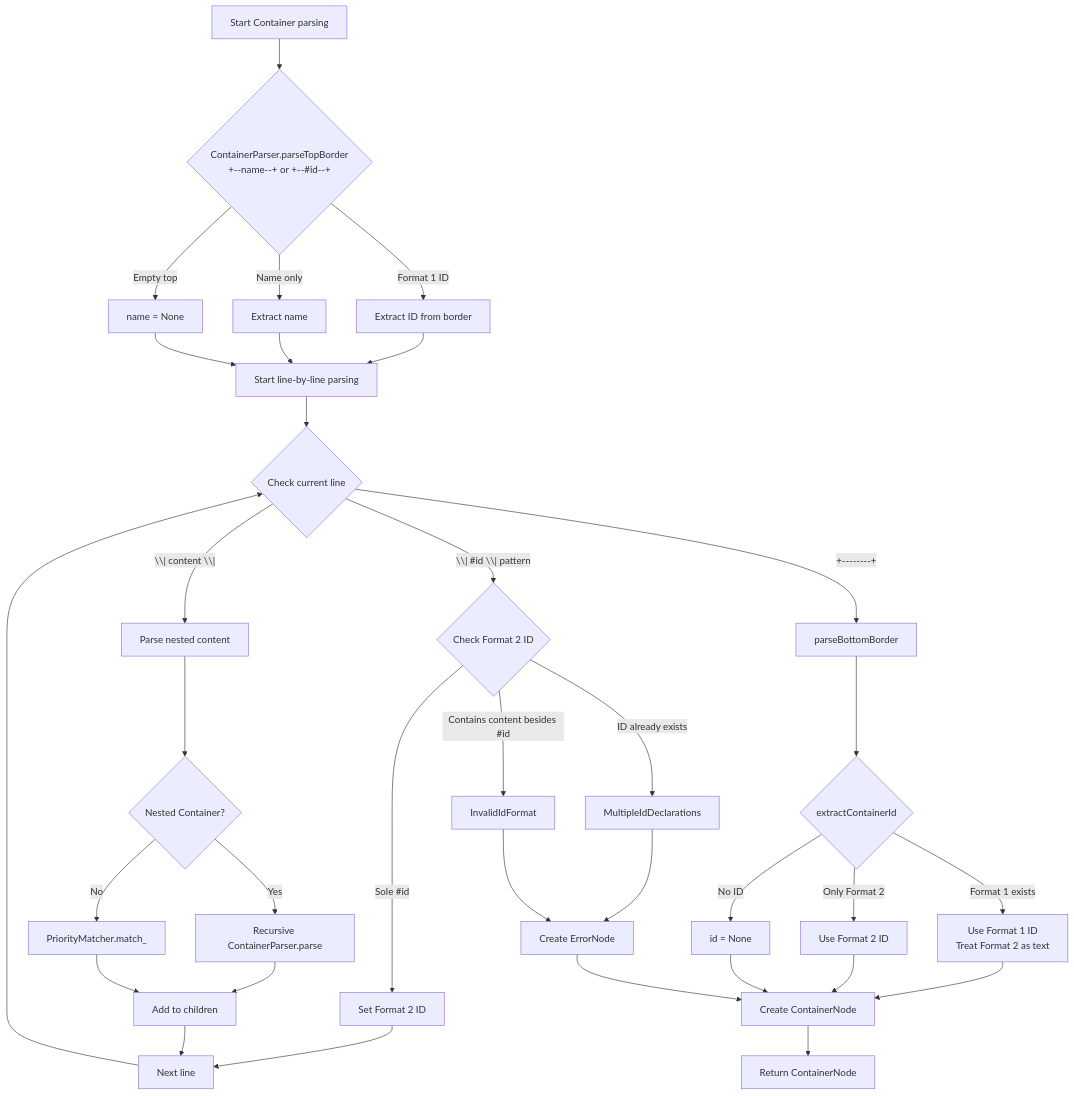
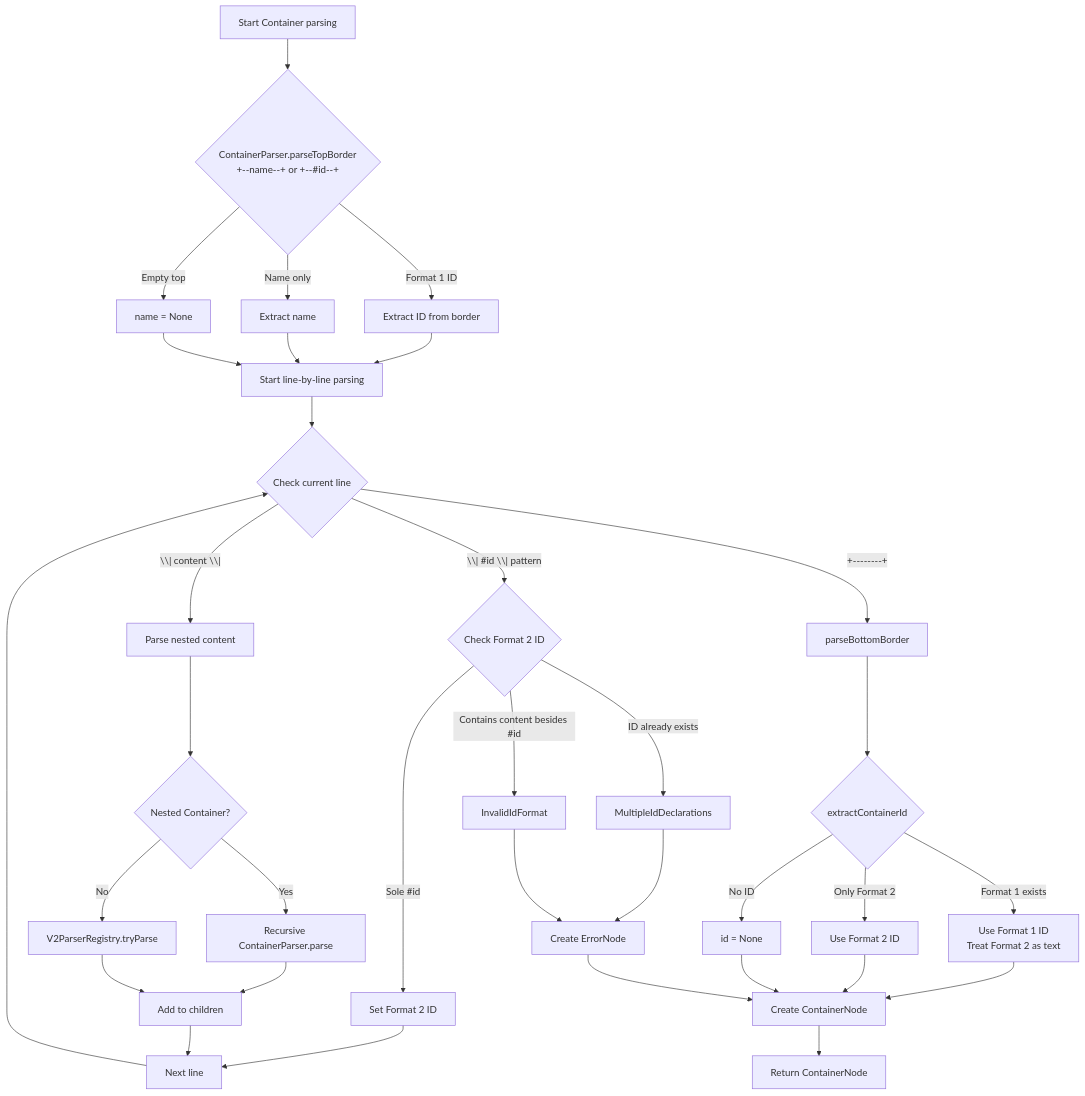
One commit to wickedev/wyreframe changed the fifth of 9 diagrams in .claude/specs/syntax-v2-parser/design.md. Above: the diagram before and after it, drawn with Mermaid. The commit also changed other lines of this file and 170 other files, not shown here.

````diff
--- a/.claude/specs/syntax-v2-parser/design.md
+++ b/.claude/specs/syntax-v2-parser/design.md
@@ -1154,49 +1185,49 @@
 ```mermaid
 flowchart TD
     START[Start Container parsing] --> DETECT_TOP{ContainerParser.parseTopBorder<br/>+--name--+ or +--#id--+}
 
     DETECT_TOP -->|Format 1 ID| EXTRACT_ID1[Extract ID from border]
     DETECT_TOP -->|Name only| EXTRACT_NAME[Extract name]
     DETECT_TOP -->|Empty top| NO_NAME[name = None]
 
     EXTRACT_ID1 --> PARSE_LINES[Start line-by-line parsing]
     EXTRACT_NAME --> PARSE_LINES
     NO_NAME --> PARSE_LINES
 
     PARSE_LINES --> CHECK_LINE{Check current line}
 
     CHECK_LINE -->|"\\| #id \\|" pattern| CHECK_ID2{Check Format 2 ID}
     CHECK_LINE -->|"\\| content \\|"| PARSE_CONTENT[Parse nested content]
     CHECK_LINE -->|"+--------+"| BOTTOM_BORDER[parseBottomBorder]
 
     CHECK_ID2 -->|Sole #id| SET_ID2[Set Format 2 ID]
     CHECK_ID2 -->|ID already exists| ERROR_MULTI[MultipleIdDeclarations]
     CHECK_ID2 -->|Contains content besides #id| ERROR_FORMAT[InvalidIdFormat]
 
     SET_ID2 --> NEXT_LINE[Next line]
     PARSE_CONTENT --> RECURSE{Nested Container?}
 
     RECURSE -->|Yes| RECURSIVE_PARSE[Recursive ContainerParser.parse]
-    RECURSE -->|No| ELEMENT_PARSE[PriorityMatcher.match_]
+    RECURSE -->|No| ELEMENT_PARSE[V2ParserRegistry.tryParse]
 
     RECURSIVE_PARSE --> COLLECT[Add to children]
     ELEMENT_PARSE --> COLLECT
 
     COLLECT --> NEXT_LINE
     NEXT_LINE --> CHECK_LINE
 
     BOTTOM_BORDER --> RESOLVE_ID{extractContainerId}
     ERROR_MULTI --> ERROR_NODE[Create ErrorNode]
     ERROR_FORMAT --> ERROR_NODE
 
     RESOLVE_ID -->|Format 1 exists| USE_ID1[Use Format 1 ID<br/>Treat Format 2 as text]
     RESOLVE_ID -->|Only Format 2| USE_ID2[Use Format 2 ID]
     RESOLVE_ID -->|No ID| NO_ID[id = None]
 
     USE_ID1 --> BUILD_NODE[Create ContainerNode]
     USE_ID2 --> BUILD_NODE
     NO_ID --> BUILD_NODE
     ERROR_NODE --> BUILD_NODE
 
     BUILD_NODE --> RETURN[Return ContainerNode]
 ```
````
